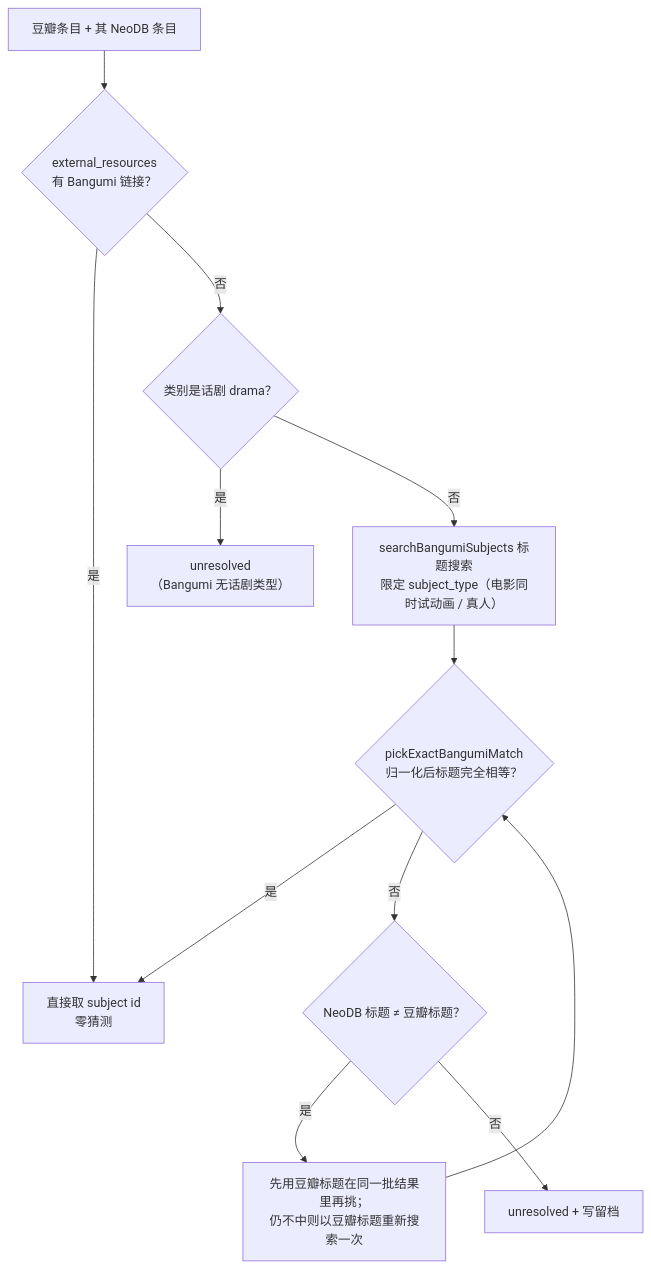
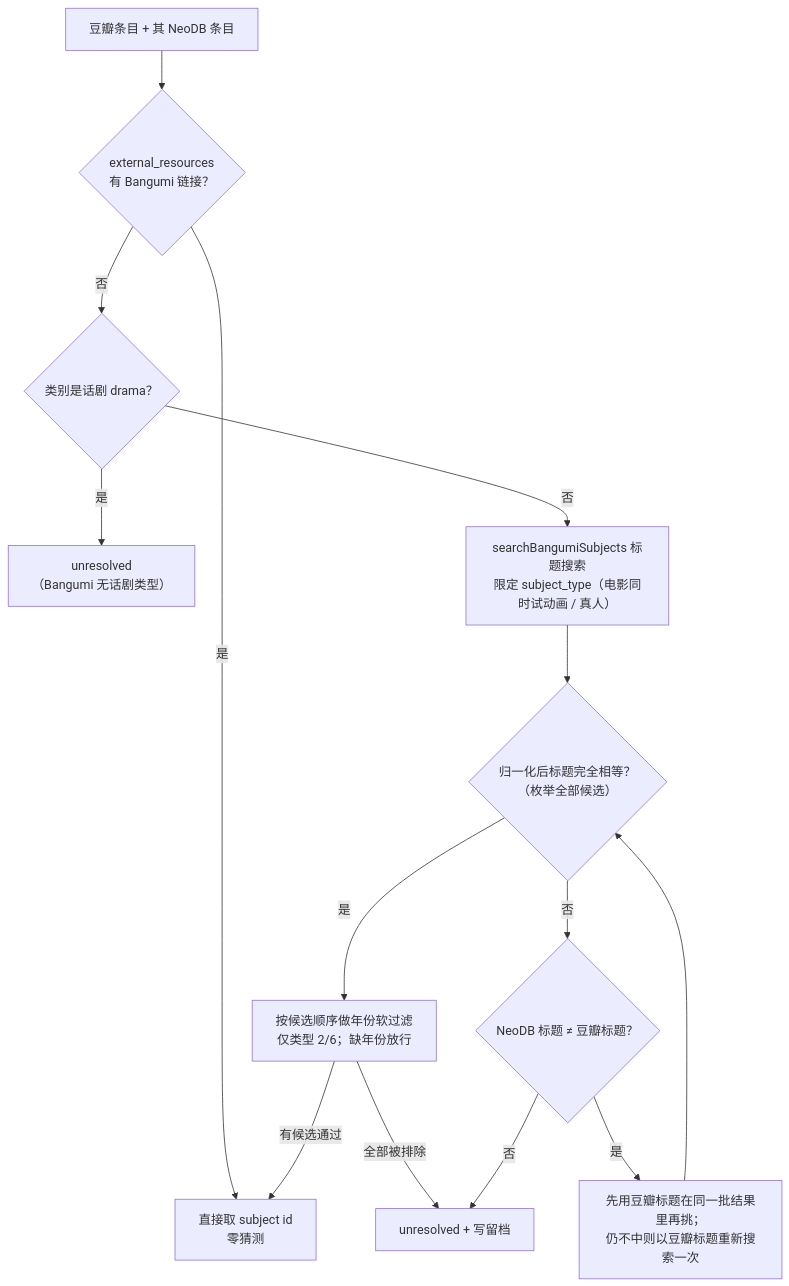
The fourth of 7 diagrams in README.md (sachikoakina/Audiovisual-Transporter), drawn with Mermaid before and after one commit. The commit also changed other lines of this file and 11 other files, not shown here.

````diff
--- a/README.md
+++ b/README.md
@@ -278,14 +278,16 @@
 ```mermaid
 flowchart TD
     A["豆瓣条目 + 其 NeoDB 条目"] --> B{"external_resources<br/>有 Bangumi 链接？"}
     B -->|是| C["直接取 subject id<br/>零猜测"]
     B -->|否| D{"类别是话剧 drama？"}
     D -->|是| E["unresolved<br/>（Bangumi 无话剧类型）"]
     D -->|否| F["searchBangumiSubjects 标题搜索<br/>限定 subject_type（电影同时试动画 / 真人）"]
-    F --> G{"pickExactBangumiMatch<br/>归一化后标题完全相等？"}
-    G -->|是| C
+    F --> G{"归一化后标题完全相等？<br/>（枚举全部候选）"}
+    G -->|是| K["按候选顺序做年份软过滤<br/>仅类型 2/6；缺年份放行"]
+    K -->|有候选通过| C
+    K -->|全部被排除| J
     G -->|否| H{"NeoDB 标题 ≠ 豆瓣标题？"}
     H -->|是| I["先用豆瓣标题在同一批结果里再挑；<br/>仍不中则以豆瓣标题重新搜索一次"]
     H -->|否| J["unresolved + 写留档"]
     I --> G
 ```
````
